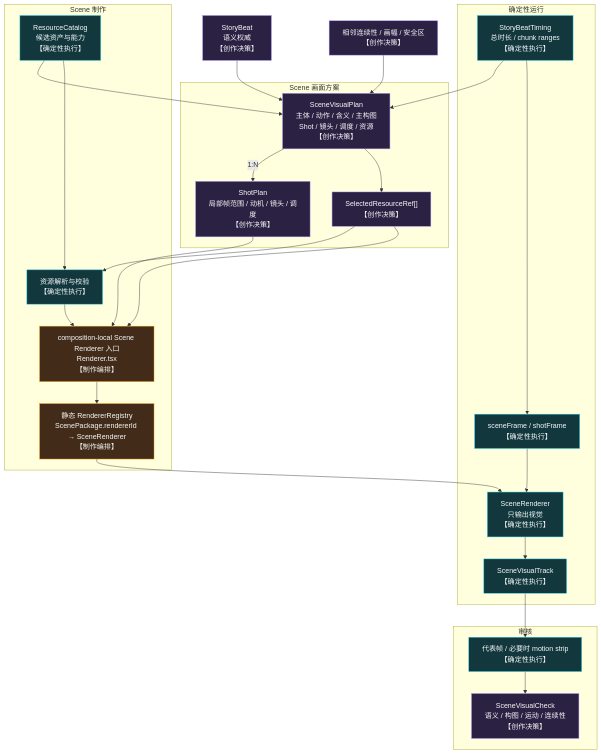
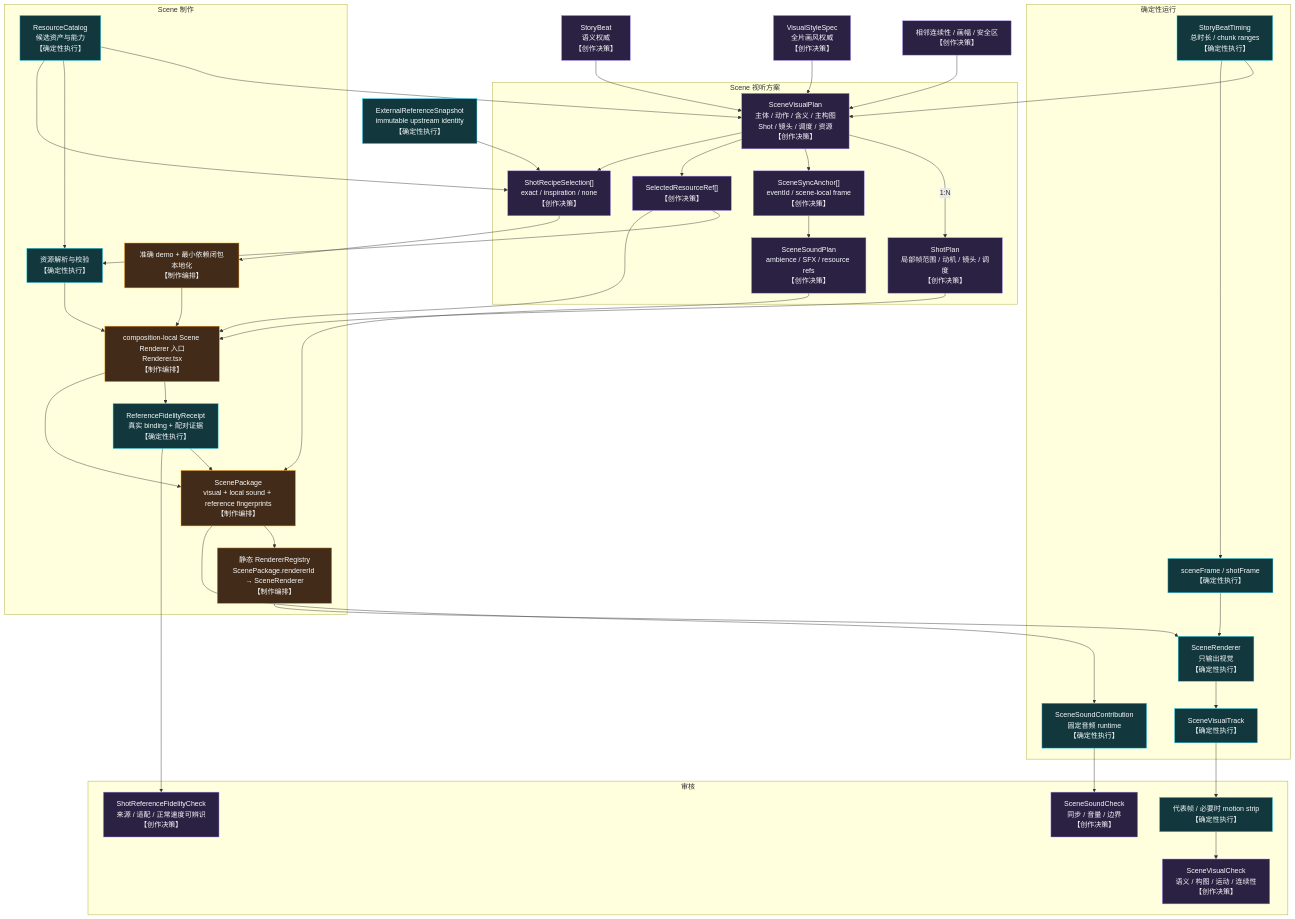
One commit to AXMORF/axmorf-studio changed the second of 2 diagrams in docs/ARCHITECTURE.md. Above: the diagram before and after it, drawn with Mermaid. The commit also changed other lines of this file and 16 other files, not shown here.

Commit message:
docs: close m6 scene runtime foundation

````diff
--- a/docs/ARCHITECTURE.md
+++ b/docs/ARCHITECTURE.md
@@ -237,41 +276,56 @@
 ```mermaid
 flowchart TB
     Beat["StoryBeat<br/>语义权威<br/>【创作决策】"] --> Plan
     Timing["StoryBeatTiming<br/>总时长 / chunk ranges<br/>【确定性执行】"] --> Plan
+    Style["VisualStyleSpec<br/>全片画风权威<br/>【创作决策】"] --> Plan
     Context["相邻连续性 / 画幅 / 安全区<br/>【创作决策】"] --> Plan
     Catalog["ResourceCatalog<br/>候选资产与能力<br/>【确定性执行】"] --> Plan
+    Snapshot["ExternalReferenceSnapshot<br/>immutable upstream identity<br/>【确定性执行】"] --> Recipe
 
-    subgraph Design["Scene 画面方案"]
+    subgraph Design["Scene 视听方案"]
       Plan["SceneVisualPlan<br/>主体 / 动作 / 含义 / 主构图<br/>Shot / 镜头 / 调度 / 资源<br/>【创作决策】"]
       Plan -->|"1:N"| Shot["ShotPlan<br/>局部帧范围 / 动机 / 镜头 / 调度<br/>【创作决策】"]
+      Plan --> Anchors["SceneSyncAnchor[]<br/>eventId / scene-local frame<br/>【创作决策】"]
+      Anchors --> SceneSoundPlan["SceneSoundPlan<br/>ambience / SFX / resource refs<br/>【创作决策】"]
       Plan --> Refs["SelectedResourceRef[]<br/>【创作决策】"]
+      Plan --> Recipe["ShotRecipeSelection[]<br/>exact / inspiration / none<br/>【创作决策】"]
     end
 
     subgraph Authoring["Scene 制作"]
       Refs --> Resolve["资源解析与校验<br/>【确定性执行】"]
       Catalog --> Resolve
+      Catalog --> Recipe
+      Recipe --> Localize["准确 demo + 最小依赖闭包本地化<br/>【制作编排】"]
       Shot --> Source["composition-local Scene Renderer 入口<br/>Renderer.tsx<br/>【制作编排】"]
       Refs --> Source
       Resolve --> Source
-      Source --> Registry["静态 RendererRegistry<br/>ScenePackage.rendererId → SceneRenderer<br/>【制作编排】"]
+      Localize --> Source
+      Source --> Fidelity["ReferenceFidelityReceipt<br/>真实 binding + 配对证据<br/>【确定性执行】"]
+      Source --> Package["ScenePackage<br/>visual + local sound + reference fingerprints<br/>【制作编排】"]
+      Fidelity --> Package
+      SceneSoundPlan --> Package
+      Package --> Registry["静态 RendererRegistry<br/>ScenePackage.rendererId → SceneRenderer<br/>【制作编排】"]
     end
 
     subgraph Runtime["确定性运行"]
       Timing --> Frame["sceneFrame / shotFrame<br/>【确定性执行】"]
       Registry --> Renderer["SceneRenderer<br/>只输出视觉<br/>【确定性执行】"]
       Frame --> Renderer
       Renderer --> Track["SceneVisualTrack<br/>【确定性执行】"]
+      Package --> SceneAudio["SceneSoundContribution<br/>固定音频 runtime<br/>【确定性执行】"]
     end
 
     subgraph Review["审核"]
       Track --> Evidence["代表帧 / 必要时 motion strip<br/>【确定性执行】"]
       Evidence --> Check["SceneVisualCheck<br/>语义 / 构图 / 运动 / 连续性<br/>【创作决策】"]
+      Fidelity --> RefCheck["ShotReferenceFidelityCheck<br/>来源 / 适配 / 正常速度可辨识<br/>【创作决策】"]
+      SceneAudio --> SoundCheck["SceneSoundCheck<br/>同步 / 音量 / 边界<br/>【创作决策】"]
     end
 
     classDef creative fill:#2b2142,stroke:#a78bfa,color:#f8fafc;
     classDef orchestration fill:#422b18,stroke:#f59e0b,color:#f8fafc;
     classDef deterministic fill:#12383d,stroke:#22d3ee,color:#f8fafc;
-    class Beat,Context,Plan,Shot,Refs,Check creative;
-    class Source,Registry orchestration;
-    class Timing,Catalog,Resolve,Frame,Renderer,Track,Evidence deterministic;
+    class Beat,Style,Context,Plan,Shot,Anchors,SceneSoundPlan,Refs,Recipe,Check,RefCheck,SoundCheck creative;
+    class Localize,Source,Package,Registry orchestration;
+    class Timing,Catalog,Snapshot,Resolve,Fidelity,Frame,Renderer,Track,SceneAudio,Evidence deterministic;
 ```
````
